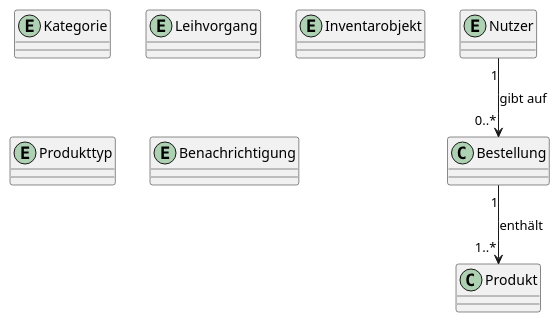
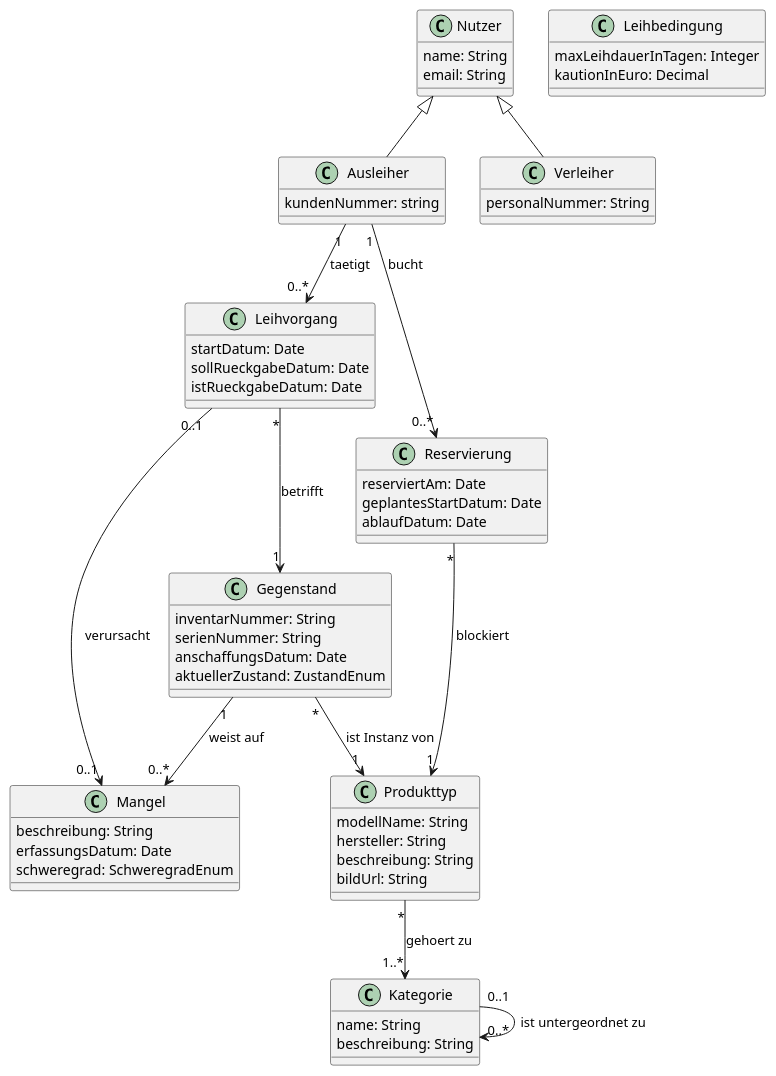
The diagram in docs/product/domain_glossary.adoc (GWMDS/LeihListe), drawn with PlantUML before and after one commit. The commit also changed other lines of this file, not shown here.

Commit message:
docs(domain-glossary): updated entities, relationships and plantuml diagram

```diff
--- a/docs/product/domain_glossary.adoc
+++ b/docs/product/domain_glossary.adoc
@@ -81,32 +81,82 @@
 @startuml
 ' Beispiel — bitte durch das echte Domänenmodell ersetzen
 
-entity Nutzer {
+class Nutzer {
+  name: String
+  email: String
+}
+class Ausleiher {
+  kundenNummer: string
+}
+
+class Verleiher {
+  personalNummer: String
+}
+
+class Kategorie {
+  name: String
+  beschreibung: String
   
 }
 
-entity Kategorie {
+class Leihvorgang {
+  startDatum: Date
+  sollRueckgabeDatum: Date
+  istRueckgabeDatum: Date
+  
   
 }
 
-entity Leihvorgang {
+class Gegenstand {
+  inventarNummer: String
+  serienNummer: String
+  anschaffungsDatum: Date
+  aktuellerZustand: ZustandEnum
   
 }
 
-entity Inventarobjekt {
+class Produkttyp {
+  modellName: String
+  hersteller: String
+  beschreibung: String
+  bildUrl: String
   
 }
 
-entity Produkttyp {
+class Reservierung {
+  reserviertAm: Date
+  geplantesStartDatum: Date
+  ablaufDatum: Date
   
 }
 
-entity Benachrichtigung {
-  
+class Mangel {
+  beschreibung: String
+  erfassungsDatum: Date
+  schweregrad: SchweregradEnum
 }
 
-Nutzer "1" --> "0..*" Bestellung : gibt auf
-Bestellung "1" --> "1..*" Produkt : enthält
+class Leihbedingung {
+  maxLeihdauerInTagen: Integer
+  kautionInEuro: Decimal
+}
+
+Nutzer <|-- Ausleiher
+Nutzer <|-- Verleiher
+
+Ausleiher "1" --> "0..*" Leihvorgang : taetigt
+Leihvorgang "*" --> "1" Gegenstand : betrifft
+
+Ausleiher "1" --> "0..*" Reservierung : bucht
+Reservierung "*" --> "1" Produkttyp : blockiert
+
+Gegenstand "*" --> "1" Produkttyp : ist Instanz von
+Produkttyp "*" --> "1..*" Kategorie : gehoert zu
+
+Kategorie "0..1" --> "0..*" Kategorie : ist untergeordnet zu
+
+Gegenstand "1" --> "0..*" Mangel : weist auf
+Leihvorgang "0..1" --> "0..1" Mangel : verursacht
 
 @enduml
 ....
```
